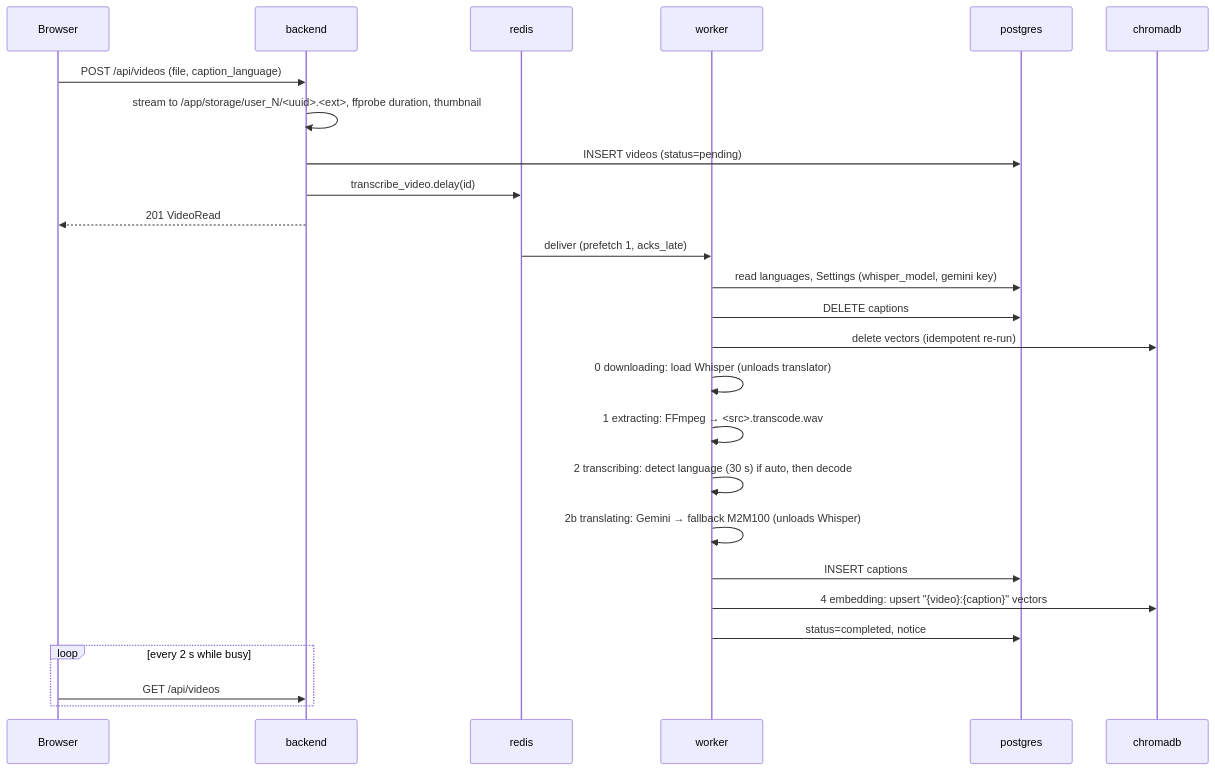
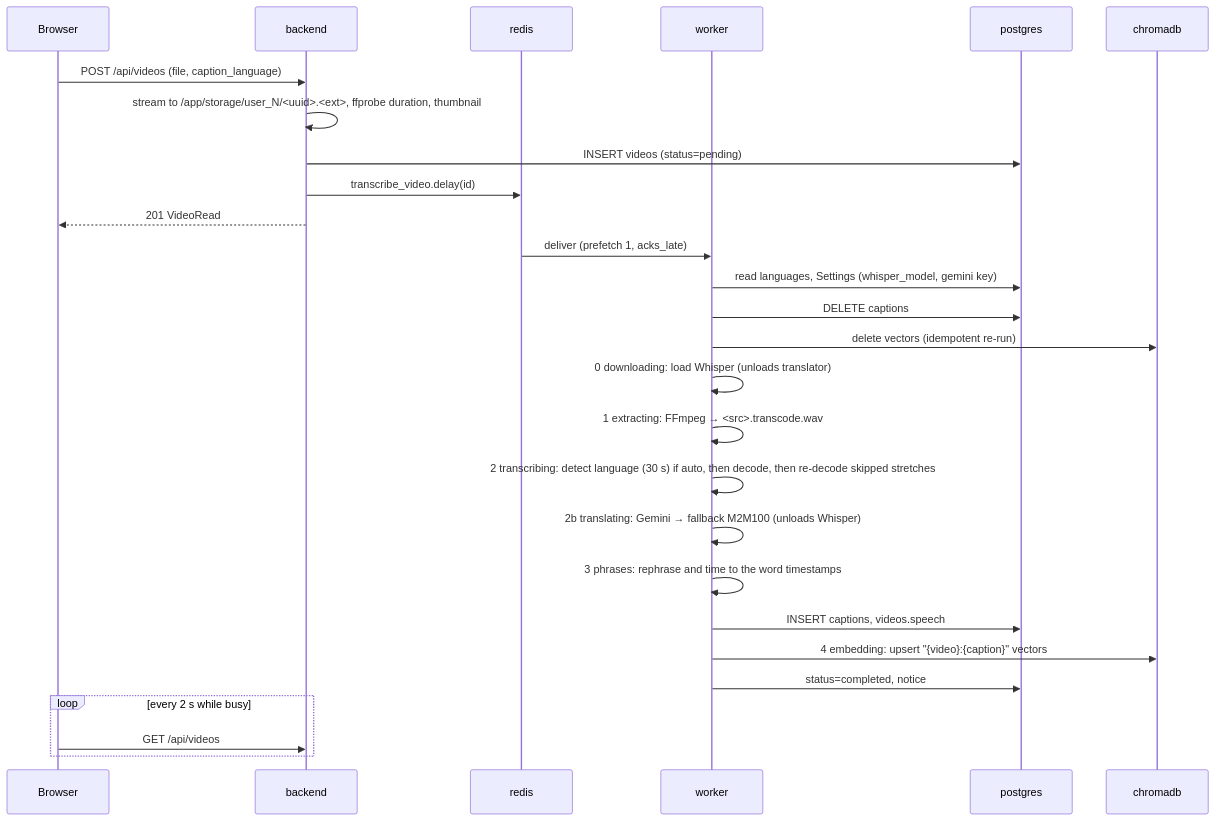
One commit to Tanush1206/Video-Caption-Maker changed the second of 3 diagrams in docs/ARCHITECTURE.md. Above: the diagram before and after it, drawn with Mermaid. The commit also changed other lines of this file and 4 other files, not shown here.

Commit message:
docs: export languages, phrasing and timing rules (PRD, architecture, data, API)

````diff
--- a/docs/ARCHITECTURE.md
+++ b/docs/ARCHITECTURE.md
@@ -143,27 +143,28 @@
 ```mermaid
 sequenceDiagram
     participant UI as Browser
     participant API as backend
     participant Q as redis
     participant W as worker
     participant DB as postgres
     participant V as chromadb
     UI->>API: POST /api/videos (file, caption_language)
     API->>API: stream to /app/storage/user_N/<uuid>.<ext>, ffprobe duration, thumbnail
     API->>DB: INSERT videos (status=pending)
     API->>Q: transcribe_video.delay(id)
     API-->>UI: 201 VideoRead
     Q->>W: deliver (prefetch 1, acks_late)
     W->>DB: read languages, Settings (whisper_model, gemini key)
     W->>DB: DELETE captions; W->>V: delete vectors (idempotent re-run)
     W->>W: 0 downloading: load Whisper (unloads translator)
     W->>W: 1 extracting: FFmpeg → <src>.transcode.wav
-    W->>W: 2 transcribing: detect language (30 s) if auto, then decode
+    W->>W: 2 transcribing: detect language (30 s) if auto, then decode, then re-decode skipped stretches
     W->>W: 2b translating: Gemini → fallback M2M100 (unloads Whisper)
-    W->>DB: INSERT captions
+    W->>W: 3 phrases: rephrase and time to the word timestamps
+    W->>DB: INSERT captions, videos.speech
     W->>V: 4 embedding: upsert "{video}:{caption}" vectors
     W->>DB: status=completed, notice
     loop every 2 s while busy
       UI->>API: GET /api/videos
     end
 ```
````
